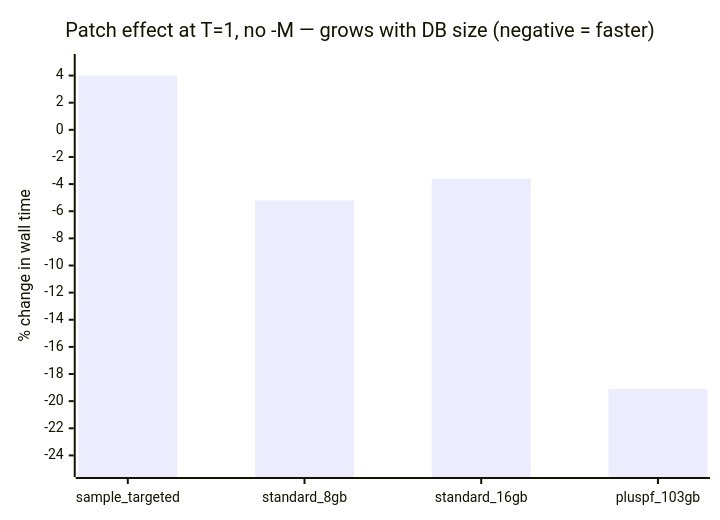
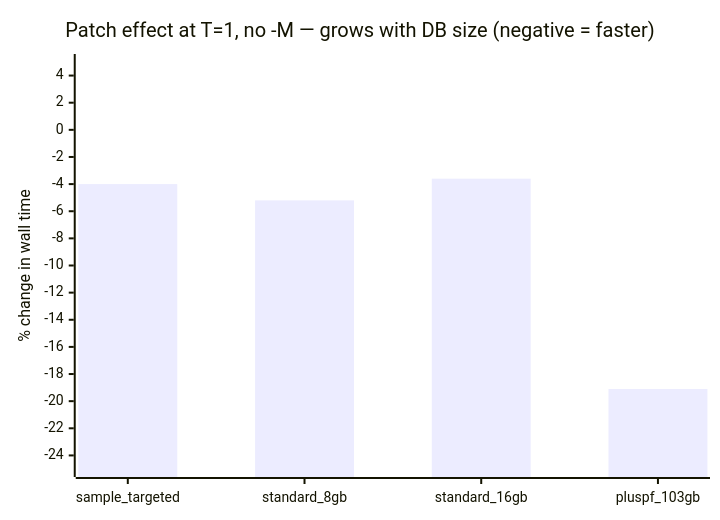
One commit to KathpaliaChirag/Nanopore-project changed the tenth of 14 diagrams in WEEK1_REPORT.md. Above: the diagram before and after it, drawn with Mermaid. The commit also changed other lines of this file, not shown here.

Commit message:
docs: Round 4 fixes to WEEK1_REPORT.md - corrected sample_targeted patch-effect sign error, fixed Fibonacci-hashing factual claim, fixed gantt syntax bug, dangling citations, undefined jargon (ESKAPE/FASTA/NUMA/ILP/LLC), and cross-reference errors from Round 3 critique

````diff
--- a/WEEK1_REPORT.md
+++ b/WEEK1_REPORT.md
@@ -545,7 +551,7 @@
 ```mermaid
 xychart-beta
     title "Patch effect at T=1, no -M — grows with DB size (negative = faster)"
     x-axis [sample_targeted, standard_8gb, standard_16gb, pluspf_103gb]
     y-axis "% change in wall time" -25 --> 5
-    bar "Patch vs baseline" [4, -5.2, -3.6, -19.1]
+    bar "Patch vs baseline" [-4.0, -5.2, -3.6, -19.1]
 ```
````
